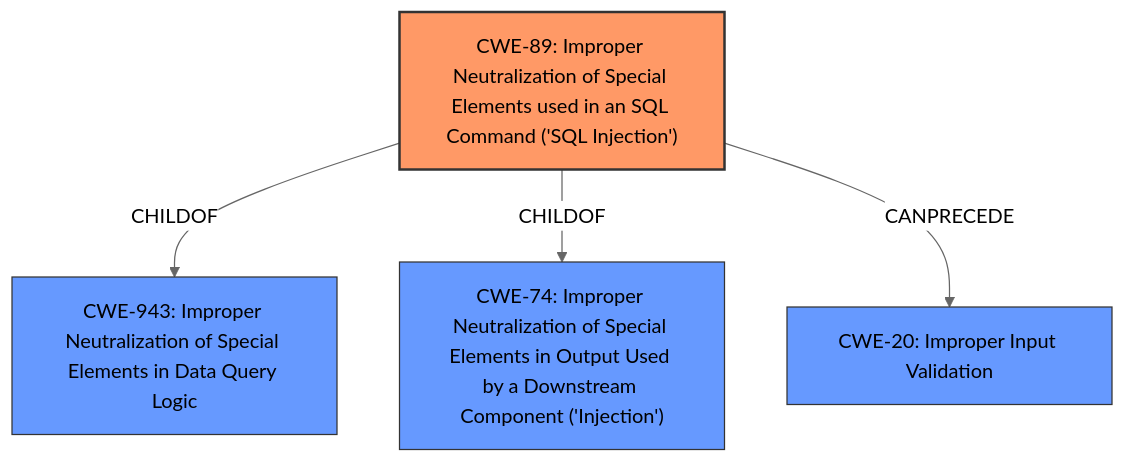
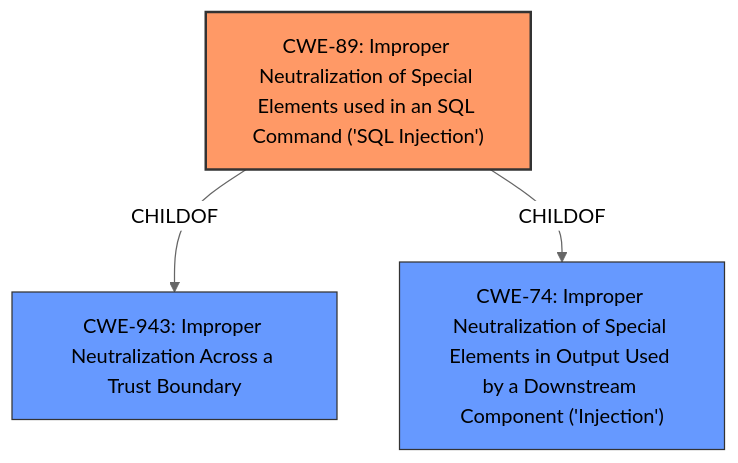
One commit to CyberSecAI/cwe_agent_assign_reports_2023 changed the diagram in CVE-2021-20028/CVE-2021-20028_analysis.md. Above: the diagram before and after it, drawn with Mermaid (neutral theme). The commit also changed other lines of this file and 902 other files, not shown here.

````diff
--- a/CVE-2021-20028/CVE-2021-20028_analysis.md
+++ b/CVE-2021-20028/CVE-2021-20028_analysis.md
@@ -17,17 +16,14 @@
 ```mermaid
 graph TD
     cwe89["CWE-89: Improper Neutralization of Special Elements used in an SQL Command ('SQL Injection')"]
-    cwe943["CWE-943: Improper Neutralization of Special Elements in Data Query Logic"]
+    cwe943["CWE-943: Improper Neutralization Across a Trust Boundary"]
     cwe74["CWE-74: Improper Neutralization of Special Elements in Output Used by a Downstream Component ('Injection')"]
-    cwe20["CWE-20: Improper Input Validation"]
-    
+
     cwe89 -->|CHILDOF| cwe943
-    cwe89 -->|CHILDOF| cwe74   
-    cwe89 -->|CANPRECEDE| cwe20
-    
+    cwe89 -->|CHILDOF| cwe74
+
     classDef primary fill:#f96,stroke:#333,stroke-width:2px
     classDef secondary fill:#69f,stroke:#333
-    classDef tertiary fill:#9e9,stroke:#333
     class cwe89 primary
-    class cwe20,cwe943,cwe74 secondary
+    class cwe943,cwe74 secondary
 ```
````
